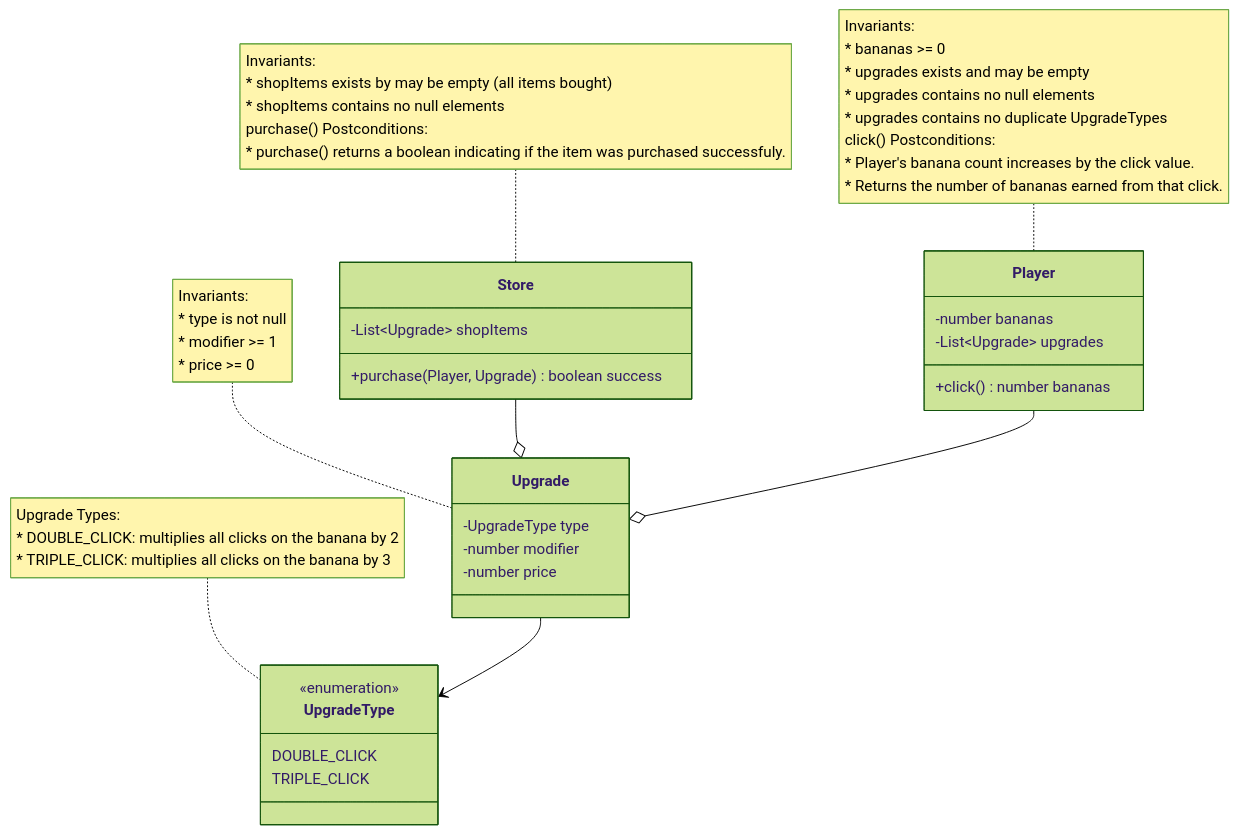
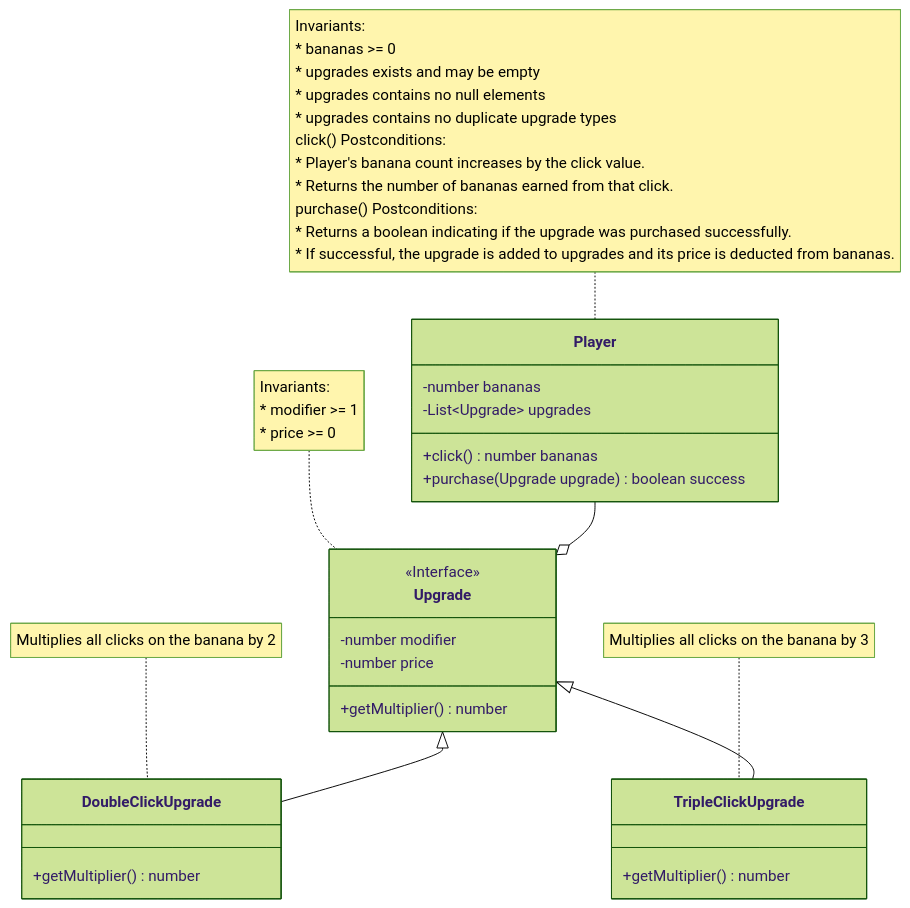
Before and after one commit to LiamMcCausland/Banana-Clicker: the diagram in domain.md, drawn with Mermaid (forest theme). The commit also changed 1 other file, not shown here.

Commit message:
Updated based on feedback.

````diff
--- a/domain.md
+++ b/domain.md
@@ -9,59 +9,43 @@
 ```mermaid
 classDiagram
-
     class Player{
         -number bananas
         -List~Upgrade~ upgrades
-
         +click() number bananas
+        +purchase(Upgrade upgrade) boolean success
     }
-
     note for Player "Invariants:
     * bananas >= 0
     * upgrades exists and may be empty
     * upgrades contains no null elements
-    * upgrades contains no duplicate UpgradeTypes
+    * upgrades contains no duplicate upgrade types
     click() Postconditions:
     * Player's banana count increases by the click value.
     * Returns the number of bananas earned from that click.
-"
-
-    class Store{
-        -List~Upgrade~ shopItems
-        +purchase(Player, Upgrade) boolean success
-    }
-
-    note for Store "Invariants:
-    * shopItems exists by may be empty (all items bought)
-    * shopItems contains no null elements
     purchase() Postconditions:
-    * purchase() returns a boolean indicating if the item was purchased successfuly.
+    * Returns a boolean indicating if the upgrade was purchased successfully.
+    * If successful, the upgrade is added to upgrades and its price is deducted from bananas.
     "
-
     class Upgrade {
-        -UpgradeType type 
+        <<Interface>>
         -number modifier
         -number price
+        +getMultiplier() number
     }
-
     note for Upgrade "Invariants:
-    * type is not null
     * modifier >= 1
     * price >= 0
     "
+    class DoubleClickUpgrade {
+        +getMultiplier() number
+    }
+    note for DoubleClickUpgrade "Multiplies all clicks on the banana by 2"
+    class TripleClickUpgrade {
+        +getMultiplier() number
+    }
+    note for TripleClickUpgrade "Multiplies all clicks on the banana by 3"
 
-    class UpgradeType {
-        <<enumeration>>
-        DOUBLE_CLICK
-        TRIPLE_CLICK
-    }
-
-    note for UpgradeType "Upgrade Types:
-    * DOUBLE_CLICK: multiplies all clicks on the banana by 2
-    * TRIPLE_CLICK: multiplies all clicks on the banana by 3
-    "
-
-    Upgrade --> UpgradeType
-    Store --o Upgrade
+    Upgrade <|-- DoubleClickUpgrade
+    Upgrade <|-- TripleClickUpgrade
     Player --o Upgrade
 ```
````
